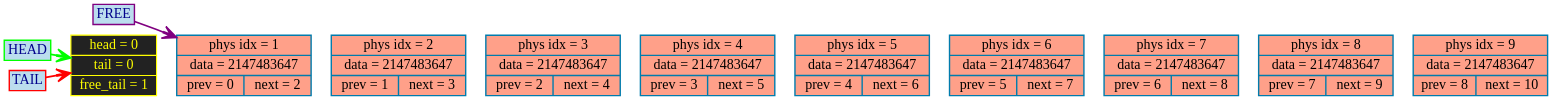
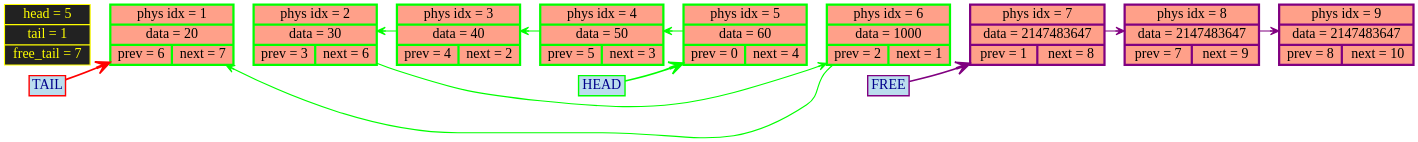
The diagram in graphDump.dot (timoko3/list), drawn with Graphviz before and after one commit. The commit also changed 4 other files, not shown here.

Commit message:
quite decent version of graph dump

```diff
--- a/graphDump.dot
+++ b/graphDump.dot
@@ -1,26 +1,40 @@
 digraph G {
 rankdir=LR
 bgcolor="transparent"
 	node [shape=record, style="filled", fillcolor="#FFA089", fontcolor="black", color="#007CAD", penwidth=2.5, fontname="Tahoma", fontsize=25];
 
 edge [color="#2d714f", arrowsize=1, penwidth=5, arrowhead="vee", style="bold"];
-node0 [label="head = 0 | tail = 0 | free_tail = 1", shape=record, style="filled", fillcolor="#222222", fontcolor="yellow", color="yellow", penwidth=2];
-	node1 [label="phys idx = 1 | data = 2147483647 | {prev = 0 | next = 2} "];
-	node2 [label="phys idx = 2 | data = 2147483647 | {prev = 1 | next = 3} "];
-	node3 [label="phys idx = 3 | data = 2147483647 | {prev = 2 | next = 4} "];
-	node4 [label="phys idx = 4 | data = 2147483647 | {prev = 3 | next = 5} "];
-	node5 [label="phys idx = 5 | data = 2147483647 | {prev = 4 | next = 6} "];
-	node6 [label="phys idx = 6 | data = 2147483647 | {prev = 5 | next = 7} "];
-	node7 [label="phys idx = 7 | data = 2147483647 | {prev = 6 | next = 8} "];
+node0 [label="head = 5 | tail = 1 | free_tail = 7", shape=record, style="filled", fillcolor="#222222", fontcolor="yellow", color="yellow", penwidth=2];
+	node1 [label="phys idx = 1 | data = 20 | {prev = 6 | next = 7} "];
+	node2 [label="phys idx = 2 | data = 30 | {prev = 3 | next = 6} "];
+	node3 [label="phys idx = 3 | data = 40 | {prev = 4 | next = 2} "];
+	node4 [label="phys idx = 4 | data = 50 | {prev = 5 | next = 3} "];
+	node5 [label="phys idx = 5 | data = 60 | {prev = 0 | next = 4} "];
+	node6 [label="phys idx = 6 | data = 1000 | {prev = 2 | next = 1} "];
+	node7 [label="phys idx = 7 | data = 2147483647 | {prev = 1 | next = 8} "];
 	node8 [label="phys idx = 8 | data = 2147483647 | {prev = 7 | next = 9} "];
 	node9 [label="phys idx = 9 | data = 2147483647 | {prev = 8 | next = 10} "];
 
 head_label [shape=box, label="HEAD", style="filled", fillcolor="#BBDDEE", color="lime", fontcolor="darkblue"];
 tail_label [shape=box, label="TAIL", style="filled", fillcolor="#BBDDEE", color="red", fontcolor="darkblue"];
 free_head_label [shape=box, label="FREE", style="filled", fillcolor="#BBDDEE", color="purple", fontcolor="darkblue"];
-head_label -> node0 [color="lime", arrowsize=2.5, penwidth=3];
-tail_label -> node0 [color="red", arrowsize=2.5, penwidth=3];
-free_head_label -> node1 [color="purple", arrowsize=2.5, penwidth=3];
+head_label -> node5 [color="lime", arrowsize=2.5, penwidth=3];
+tail_label -> node1 [color="red", arrowsize=2.5, penwidth=3];
+free_head_label -> node7 [color="purple", arrowsize=2.5, penwidth=3];
 node0 -> node1[style=invis, weight = 100000]	node1 -> node2 -> node3 -> node4 -> node5 -> node6 -> node7 -> node8 -> node9[style=invis, weight=1000000];
-	
+	node5 -> node4 -> node3 -> node2 -> node6 -> node1[color="lime", arrowsize=1.5, penwidth=2, weight=100000];
+
+	node5[color = "lime", penwidth=4];
+	node4[color = "lime", penwidth=4];
+	node3[color = "lime", penwidth=4];
+	node2[color = "lime", penwidth=4];
+	node6[color = "lime", penwidth=4];
+	node1[color = "lime", penwidth=4];
+
+	node7 -> node8 -> node9[color="purple", arrowsize=1.5, penwidth=2, weight=100000];
+
+	node7[color = "purple", penwidth=4];
+	node8[color = "purple", penwidth=4];
+	node9[color = "purple", penwidth=4];
+
 }
```
